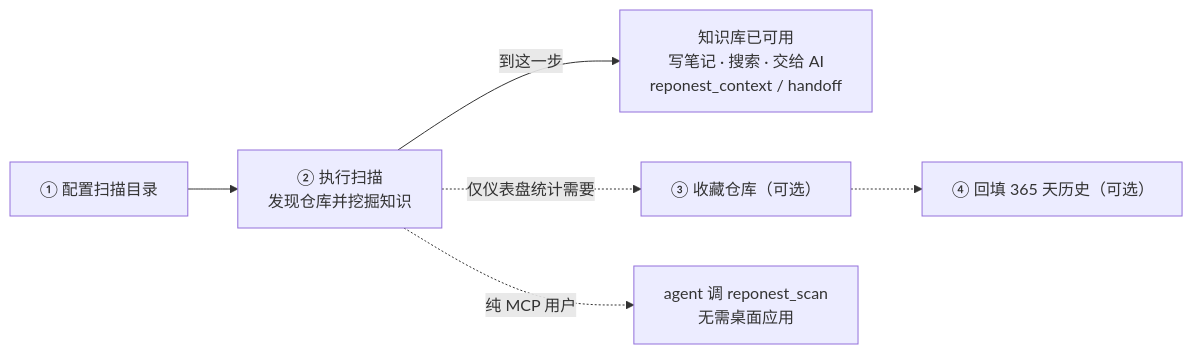
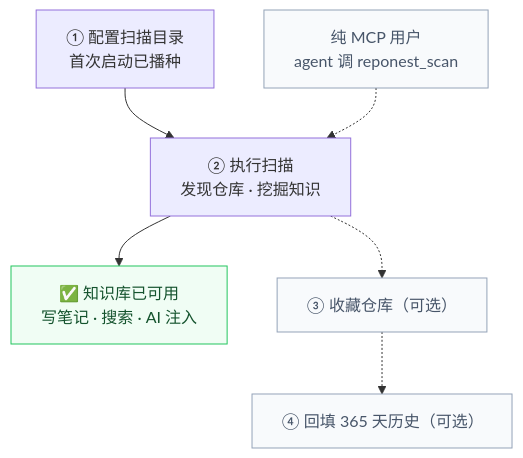
Before and after one commit to sky-jiangcheng/RepoNest: the diagram in docs/getting-started.md, drawn with Mermaid. The commit also changed 14 other files, not shown here.

First line of the commit message:
docs(diagrams): 全站 mermaid 图重构 — 告别'宽扁香肠'布局

````diff
--- a/docs/getting-started.md
+++ b/docs/getting-started.md
@@ -36,8 +36,12 @@
 ```mermaid
-flowchart LR
-    A["① 配置扫描目录"] --> B["② 执行扫描<br/>发现仓库并挖掘知识"]
-    B -->|到这一步| DONE["知识库已可用<br/>写笔记 · 搜索 · 交给 AI<br/>reponest_context / handoff"]
-    B -. 仅仪表盘统计需要 .-> C["③ 收藏仓库（可选）"]
+flowchart TB
+    A["① 配置扫描目录<br/>首次启动已播种"] --> B["② 执行扫描<br/>发现仓库 · 挖掘知识"]
+    E["纯 MCP 用户<br/>agent 调 reponest_scan"] -.-> B
+    B --> DONE["✅ 知识库已可用<br/>写笔记 · 搜索 · AI 注入"]
+    B -.-> C["③ 收藏仓库（可选）"]
     C -.-> D["④ 回填 365 天历史（可选）"]
-    B -. 纯 MCP 用户 .-> E["agent 调 reponest_scan<br/>无需桌面应用"]
+    classDef done fill:#f0fdf4,stroke:#22c55e,color:#14532d
+    classDef opt fill:#f8fafc,stroke:#94a3b8,color:#475569
+    class DONE done
+    class C,D,E opt
 ```
````
